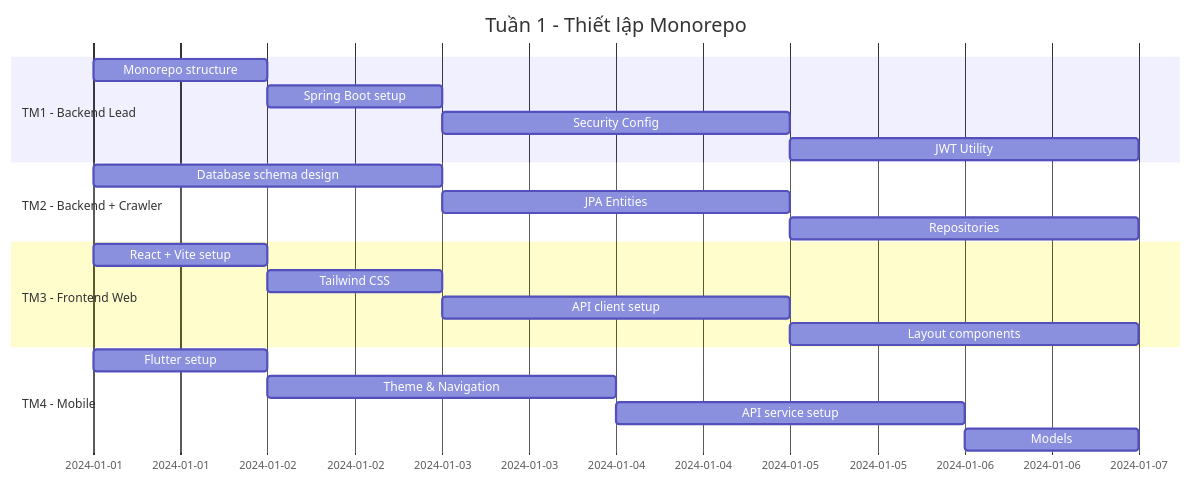
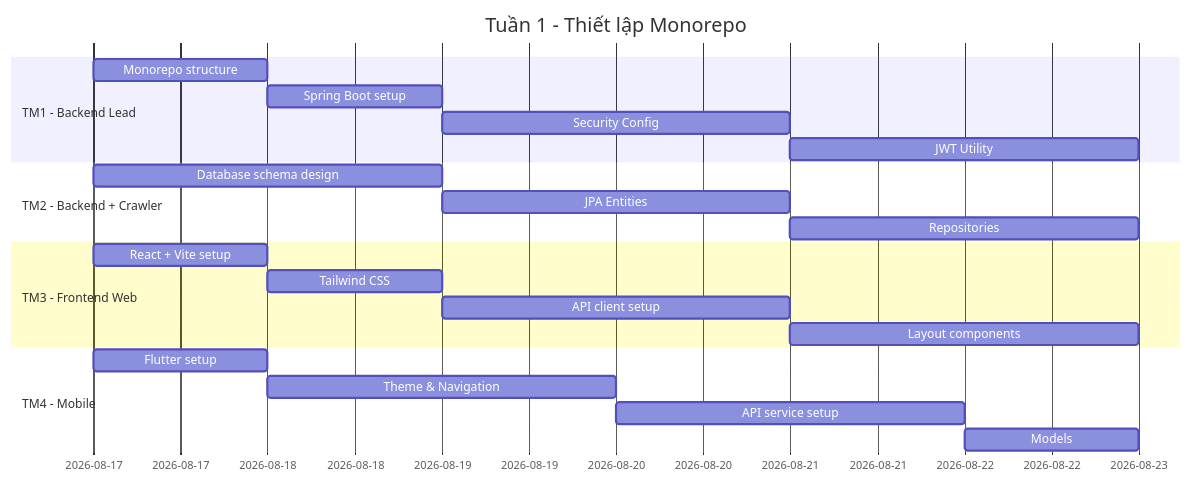
Before and after one commit to dut-pbl6-2026/job-platform-docs: the fifth of 19 diagrams in docs/plan-2-n-layer-monorepo.md, drawn with Mermaid. The commit also changed other lines of this file and 1 other file, not shown here.

````diff
--- a/docs/plan-2-n-layer-monorepo.md
+++ b/docs/plan-2-n-layer-monorepo.md
@@ -334,24 +333,24 @@
 ```mermaid
 gantt
     title Tuần 1 - Thiết lập Monorepo
     dateFormat  YYYY-MM-DD
     section TM1 - Backend Lead
-    Monorepo structure            :a1, 2024-01-01, 1d
+    Monorepo structure            :a1, 2026-08-17, 1d
     Spring Boot setup             :a2, after a1, 1d
     Security Config               :a3, after a2, 2d
     JWT Utility                   :a4, after a3, 2d
     section TM2 - Backend + Crawler
-    Database schema design        :b1, 2024-01-01, 2d
+    Database schema design        :b1, 2026-08-17, 2d
     JPA Entities                  :b2, after b1, 2d
     Repositories                  :b3, after b2, 2d
     section TM3 - Frontend Web
-    React + Vite setup            :c1, 2024-01-01, 1d
+    React + Vite setup            :c1, 2026-08-17, 1d
     Tailwind CSS                  :c2, after c1, 1d
     API client setup              :c3, after c2, 2d
     Layout components             :c4, after c3, 2d
     section TM4 - Mobile
-    Flutter setup                 :d1, 2024-01-01, 1d
+    Flutter setup                 :d1, 2026-08-17, 1d
     Theme & Navigation            :d2, after d1, 2d
     API service setup             :d3, after d2, 2d
     Models                        :d4, after d3, 1d
 ```
````
